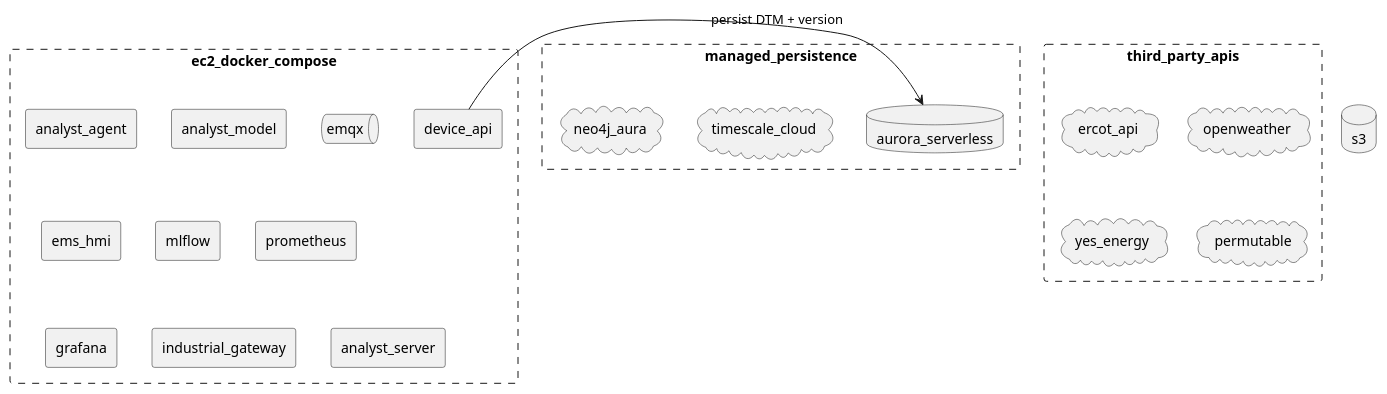
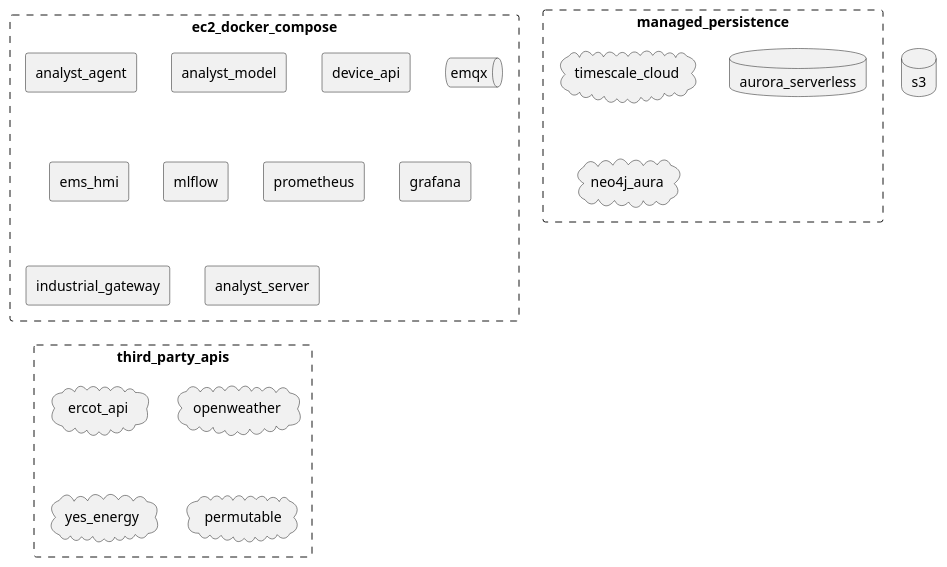
The third of 5 diagrams in readme.md (arcnode-io/ems), drawn with PlantUML before and after one commit. The commit also changed other lines of this file, not shown here.

Commit message:
🎨 docs: drop boot arrows from cloud + on-prem deployment diagrams
Diagrams crossed clean container/persistence groupings; boot flow lives
in the Sequence section already. Static deployment diagrams should
show topology, not call sequences.

````diff
--- a/readme.md
+++ b/readme.md
@@ -118,32 +118,30 @@
 ```plantuml
 rectangle ec2_docker_compose #line.dashed {
     rectangle analyst_agent
     rectangle analyst_model
     rectangle device_api
     queue emqx
     rectangle ems_hmi
     rectangle mlflow
     rectangle prometheus
     rectangle grafana
     rectangle industrial_gateway
     rectangle analyst_server
 }
 
 database s3
 
 rectangle managed_persistence #line.dashed {
     cloud timescale_cloud
     database aurora_serverless
     cloud neo4j_aura
 }
 
 rectangle third_party_apis #line.dashed {
     cloud ercot_api
     cloud openweather
     cloud yes_energy
     cloud permutable
 }
 
-device_api -> aurora_serverless: persist DTM + version
-
 ```
````
